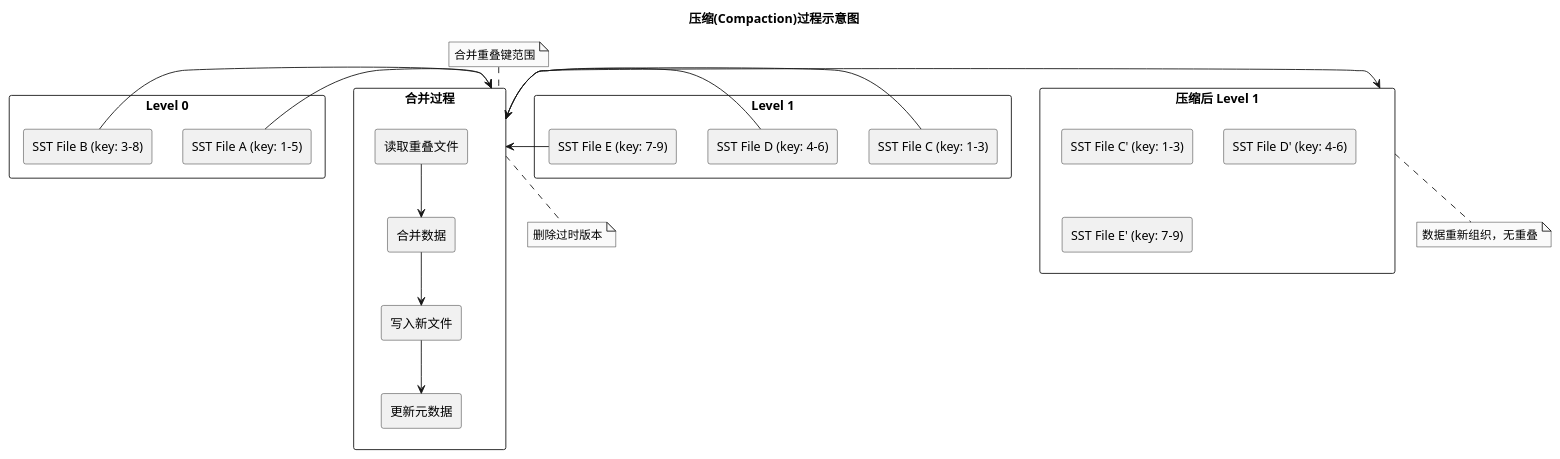
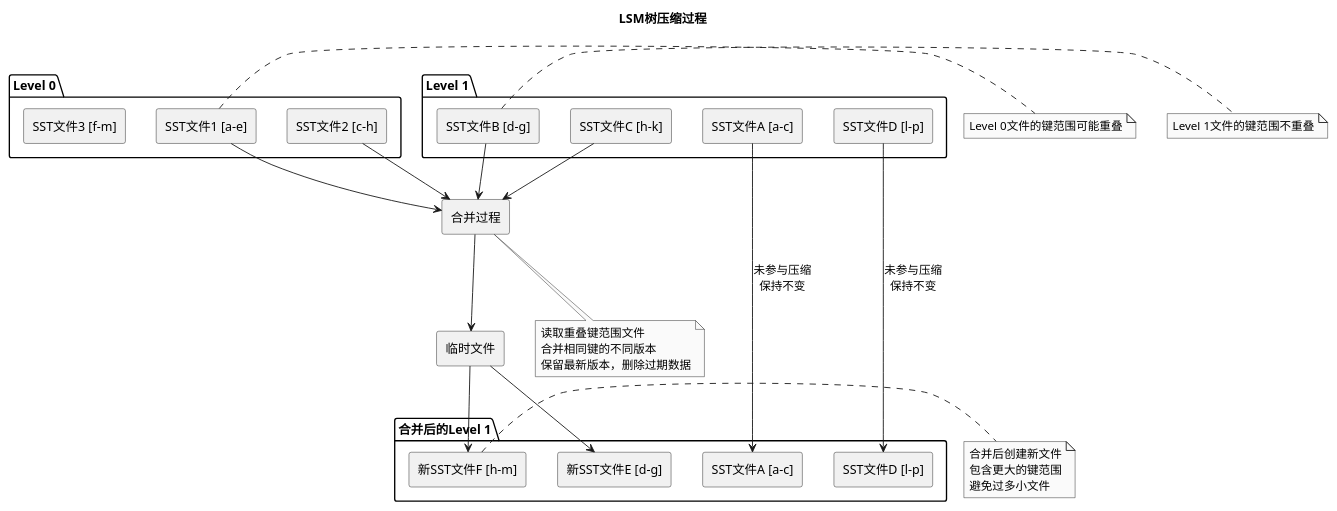
Before and after one commit to jjhbeloved/solutions: the diagram in opensource/rocksdb/docs/lsm/compaction-process.puml, drawn with PlantUML. The commit also changed 7 other files, not shown here.

```diff
--- a/opensource/rocksdb/docs/lsm/compaction-process.puml
+++ b/opensource/rocksdb/docs/lsm/compaction-process.puml
@@ -1,47 +1,46 @@
 @startuml
 skinparam monochrome true
 skinparam shadowing false
-skinparam defaultFontName Microsoft YaHei
 
-title 压缩(Compaction)过程示意图
+title LSM树压缩过程
 
-rectangle "Level 0" as L0 {
-  rectangle "SST File A (key: 1-5)" as A
-  rectangle "SST File B (key: 3-8)" as B
+package "Level 0" {
+  rectangle "SST文件1 [a-e]" as S1
+  rectangle "SST文件2 [c-h]" as S2
+  rectangle "SST文件3 [f-m]" as S3
 }
 
-rectangle "Level 1" as L1 {
-  rectangle "SST File C (key: 1-3)" as C
-  rectangle "SST File D (key: 4-6)" as D
-  rectangle "SST File E (key: 7-9)" as E
+package "Level 1" {
+  rectangle "SST文件A [a-c]" as A1
+  rectangle "SST文件B [d-g]" as B1
+  rectangle "SST文件C [h-k]" as C1
+  rectangle "SST文件D [l-p]" as D1
 }
 
-rectangle "合并过程" as MERGE {
-  rectangle "读取重叠文件" as READ
-  rectangle "合并数据" as COMBINE
-  rectangle "写入新文件" as WRITE
-  rectangle "更新元数据" as UPDATE
-  
-  READ -down-> COMBINE
-  COMBINE -down-> WRITE
-  WRITE -down-> UPDATE
+rectangle "合并过程" as Merge
+rectangle "临时文件" as Temp
+
+package "合并后的Level 1" {
+  rectangle "SST文件A [a-c]" as A2
+  rectangle "新SST文件E [d-g]" as E2
+  rectangle "新SST文件F [h-m]" as F2
+  rectangle "SST文件D [l-p]" as D2
 }
 
-rectangle "压缩后 Level 1" as L1_AFTER {
-  rectangle "SST File C' (key: 1-3)" as C2
-  rectangle "SST File D' (key: 4-6)" as D2
-  rectangle "SST File E' (key: 7-9)" as E2
-}
+note right of S1 : Level 0文件的键范围可能重叠
+note right of B1 : Level 1文件的键范围不重叠
+note bottom of Merge : 读取重叠键范围文件\n合并相同键的不同版本\n保留最新版本，删除过期数据
+note right of F2 : 合并后创建新文件\n包含更大的键范围\n避免过多小文件
 
-A -right-> MERGE
-B -right-> MERGE
-C -right-> MERGE
-D -right-> MERGE
-E -right-> MERGE
+S1 -down-> Merge
+S2 -down-> Merge
+B1 -down-> Merge
+C1 -down-> Merge
 
-MERGE -right-> L1_AFTER
+Merge -down-> Temp
+Temp -down-> E2
+Temp -down-> F2
 
-note top of MERGE : 合并重叠键范围
-note bottom of MERGE : 删除过时版本
-note bottom of L1_AFTER : 数据重新组织，无重叠
+A1 -down-> A2 : 未参与压缩\n保持不变
+D1 -down-> D2 : 未参与压缩\n保持不变
 @enduml 
```
